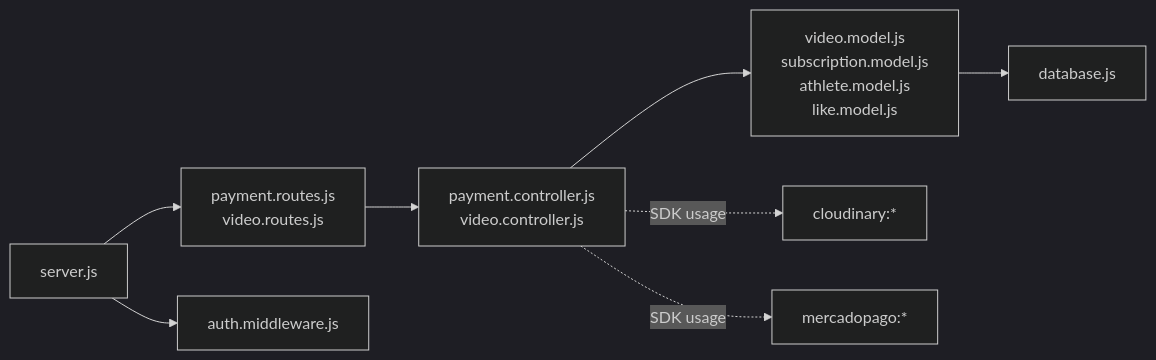
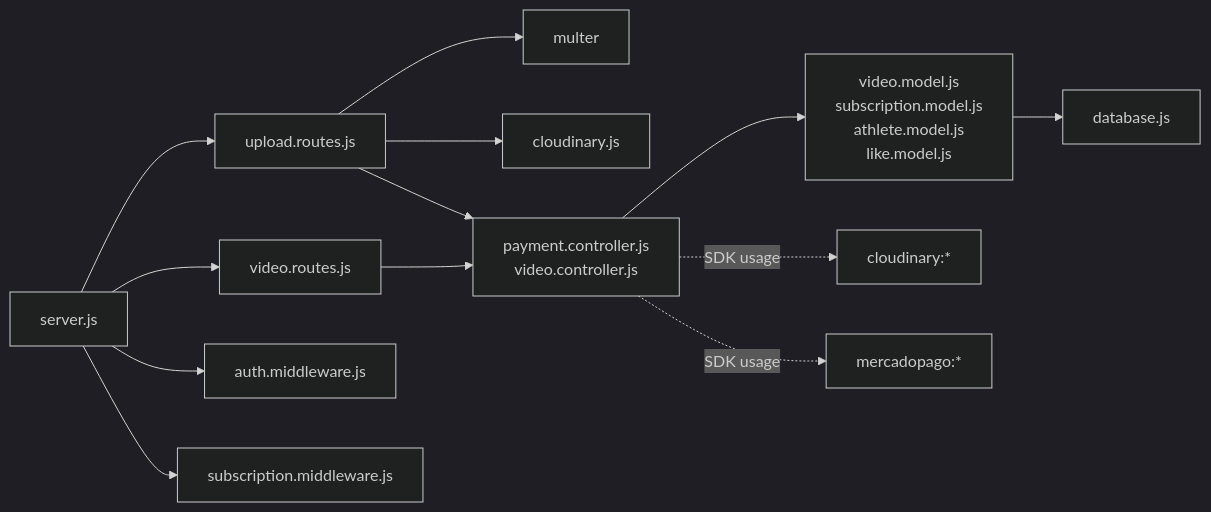
One commit to Alexandrexicara/craque-vision changed diagram 11 of 11 in .qoder/repowiki/en/content/Architecture Overview/Integration Patterns.md. Above: the diagram before and after it, drawn with Mermaid (dark theme). The commit also changed other lines of this file and 10 other files, not shown here.

````diff
--- a/.qoder/repowiki/en/content/Architecture Overview/Integration Patterns.md
+++ b/.qoder/repowiki/en/content/Architecture Overview/Integration Patterns.md
@@ -447,10 +556,15 @@
 ```mermaid
 graph LR
-Server["server.js"] --> Routes["payment.routes.js<br/>video.routes.js"]
-Routes --> Controllers["payment.controller.js<br/>video.controller.js"]
+Server["server.js"] --> UploadRoutes["upload.routes.js"]
+Server --> VideoRoutes["video.routes.js"]
+UploadRoutes --> Multer["multer"]
+UploadRoutes --> Cloudinary["cloudinary.js"]
+UploadRoutes --> Controllers["payment.controller.js<br/>video.controller.js"]
+VideoRoutes --> Controllers
 Controllers --> Models["video.model.js<br/>subscription.model.js<br/>athlete.model.js<br/>like.model.js"]
 Models --> Pool["database.js"]
 Controllers -. "SDK usage" .-> Cloud["cloudinary:*"]
 Controllers -. "SDK usage" .-> MP["mercadopago:*"]
 Server --> MW["auth.middleware.js"]
+Server --> SubMW["subscription.middleware.js"]
 ```
````
